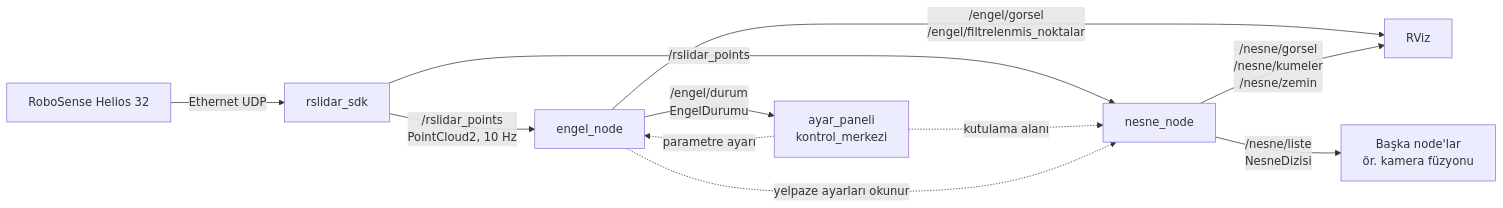
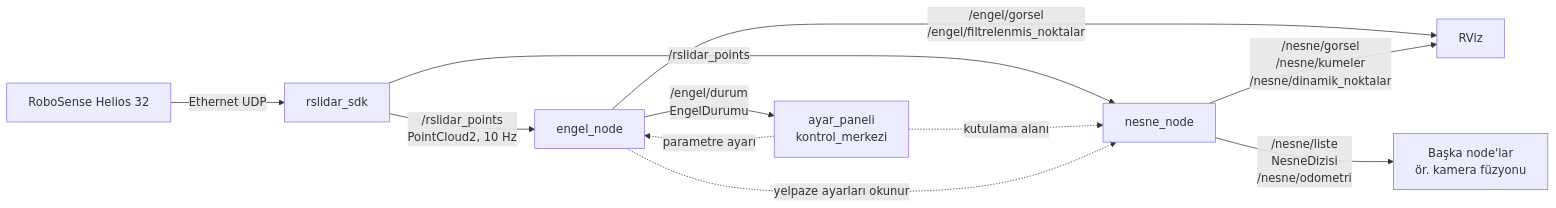
The diagram in src/algilama/lidar_algilama/README.md (ayberkdoruk/robotaksi-autonomy), drawn with Mermaid before and after one commit. The commit also changed other lines of this file and 16 other files, not shown here.

First line of the commit message:
nesne_node: sadece hareketli nesneler + yol koridoru, LiDAR odometri

````diff
--- a/src/algilama/lidar_algilama/README.md
+++ b/src/algilama/lidar_algilama/README.md
@@ -79,15 +84,15 @@
 ```mermaid
 flowchart LR
     L[RoboSense Helios 32] -->|Ethernet UDP| S[rslidar_sdk]
     S -->|/rslidar_points<br/>PointCloud2, 10 Hz| E[engel_node]
     S -->|/rslidar_points| N[nesne_node]
 
     E -->|/engel/durum<br/>EngelDurumu| P[ayar_paneli<br/>kontrol_merkezi]
     E -->|/engel/gorsel<br/>/engel/filtrelenmis_noktalar| R[RViz]
-    N -->|/nesne/gorsel<br/>/nesne/kumeler<br/>/nesne/zemin| R
-    N -->|/nesne/liste<br/>NesneDizisi| F[Başka node'lar<br/>ör. kamera füzyonu]
+    N -->|/nesne/gorsel<br/>/nesne/kumeler<br/>/nesne/dinamik_noktalar| R
+    N -->|/nesne/liste<br/>NesneDizisi<br/>/nesne/odometri| F[Başka node'lar<br/>ör. kamera füzyonu]
 
     P -.->|parametre ayarı| E
     P -.->|kutulama alanı| N
     E -.->|yelpaze ayarları okunur| N
 ```
````
